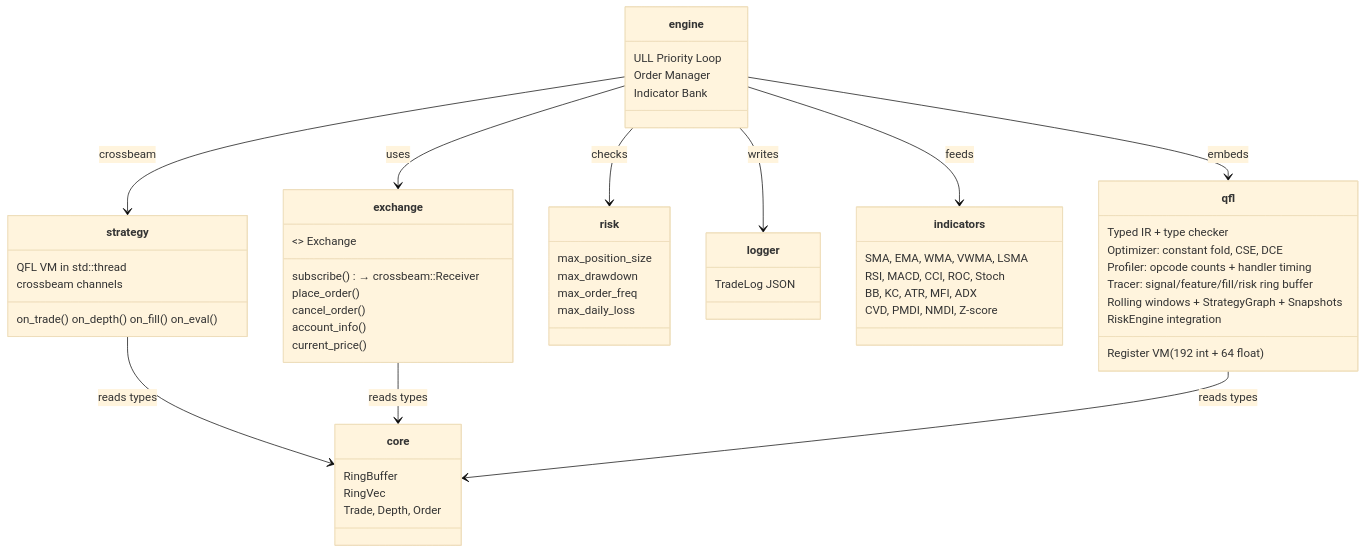
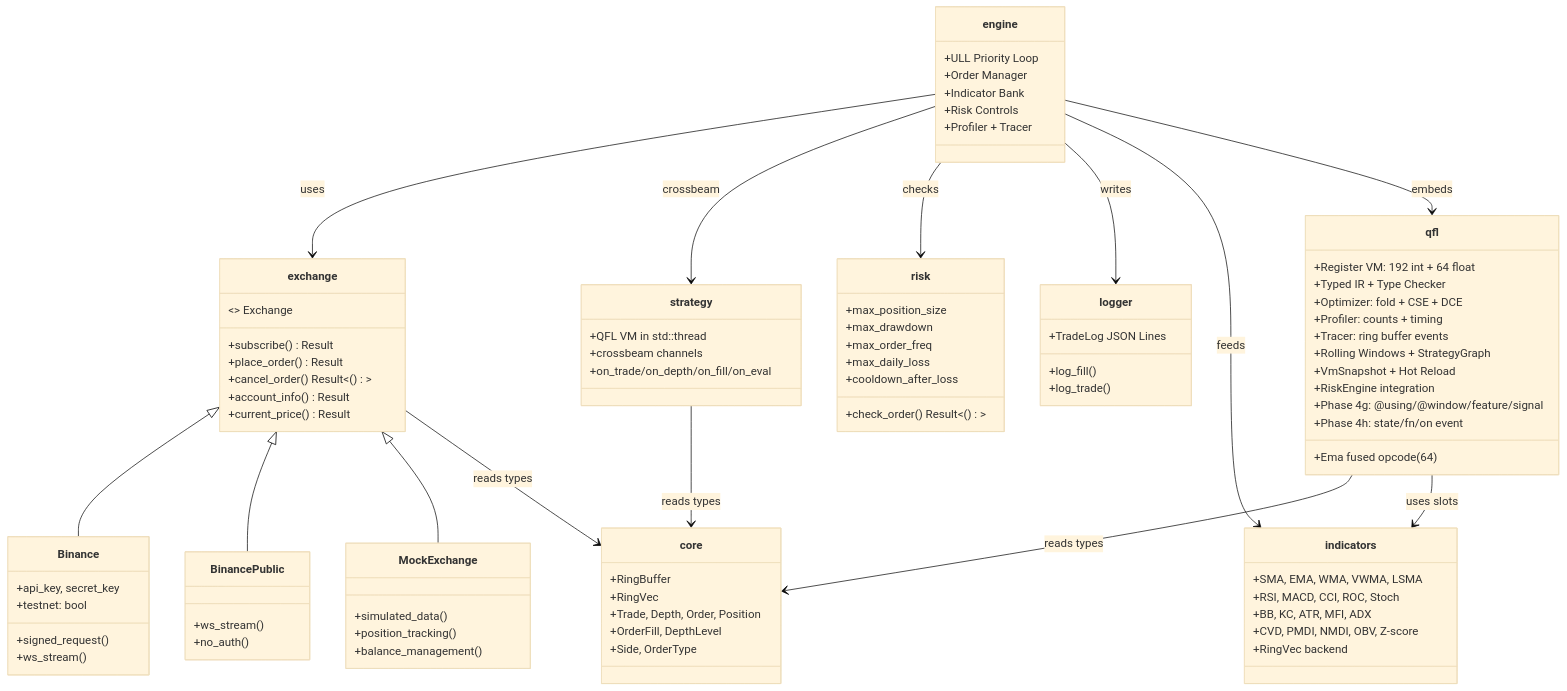
Before and after one commit to 0xitsss/quince: the third of 5 diagrams in README.md, drawn with Mermaid (base theme). The commit also changed other lines of this file and 4 other files, not shown here.

````diff
--- a/README.md
+++ b/README.md
@@ -114,53 +139,84 @@
 ```mermaid
 classDiagram
     class core {
-        RingBuffer
-        RingVec
-        Trade, Depth, Order
+        +RingBuffer<T,N>
+        +RingVec
+        +Trade, Depth, Order, Position
+        +OrderFill, DepthLevel
+        +Side, OrderType
     }
     class exchange {
         <<interface>> Exchange
-        subscribe() → crossbeam::Receiver
-        place_order()
-        cancel_order()
-        account_info()
-        current_price()
+        +subscribe() Result<Stream>
+        +place_order() Result<String>
+        +cancel_order() Result<()>
+        +account_info() Result<AccountInfo>
+        +current_price() Result<f64>
+    }
+    class Binance {
+        +api_key, secret_key
+        +testnet: bool
+        +signed_request()
+        +ws_stream()
+    }
+    class BinancePublic {
+        +ws_stream()
+        +no_auth()
+    }
+    class MockExchange {
+        +simulated_data()
+        +position_tracking()
+        +balance_management()
     }
     class strategy {
-        QFL VM in std::thread
-        crossbeam channels
-        on_trade() on_depth() on_fill() on_eval()
+        +QFL VM in std::thread
+        +crossbeam channels
+        +on_trade/on_depth/on_fill/on_eval
     }
     class engine {
-        ULL Priority Loop
-        Order Manager
-        Indicator Bank
+        +ULL Priority Loop
+        +Order Manager
+        +Indicator Bank
+        +Risk Controls
+        +Profiler + Tracer
     }
     class risk {
-        max_position_size
-        max_drawdown
-        max_order_freq
-        max_daily_loss
+        +max_position_size
+        +max_drawdown
+        +max_order_freq
+        +max_daily_loss
+        +cooldown_after_loss
+        +check_order() Result<()>
     }
     class logger {
-        TradeLog JSON
+        +TradeLog JSON Lines
+        +log_fill()
+        +log_trade()
     }
     class indicators {
-        SMA, EMA, WMA, VWMA, LSMA
-        RSI, MACD, CCI, ROC, Stoch
-        BB, KC, ATR, MFI, ADX
-        CVD, PMDI, NMDI, Z-score
+        +SMA, EMA, WMA, VWMA, LSMA
+        +RSI, MACD, CCI, ROC, Stoch
+        +BB, KC, ATR, MFI, ADX
+        +CVD, PMDI, NMDI, OBV, Z-score
+        +RingVec backend
     }
     class qfl {
-        Register VM (192 int + 64 float)
-        Typed IR + type checker
-        Optimizer: constant fold, CSE, DCE
-        Profiler: opcode counts + handler timing
-        Tracer: signal/feature/fill/risk ring buffer
-        Rolling windows + StrategyGraph + Snapshots
-        RiskEngine integration
+        +Register VM: 192 int + 64 float
+        +Typed IR + Type Checker
+        +Optimizer: fold + CSE + DCE
+        +Profiler: counts + timing
+        +Tracer: ring buffer events
+        +Rolling Windows + StrategyGraph
+        +VmSnapshot + Hot Reload
+        +RiskEngine integration
+        +Ema fused opcode (64)
+        +Phase 4g: @using/@window/feature/signal
+        +Phase 4h: state/fn/on event
     }
 
+    exchange <|-- Binance
+    exchange <|-- BinancePublic
+    exchange <|-- MockExchange
     engine --> exchange : uses
     engine --> strategy : crossbeam
     engine --> risk : checks
@@ -170,4 +226,5 @@
     strategy --> core : reads types
     exchange --> core : reads types
     qfl --> core : reads types
+    qfl --> indicators : uses slots
 ```
````
